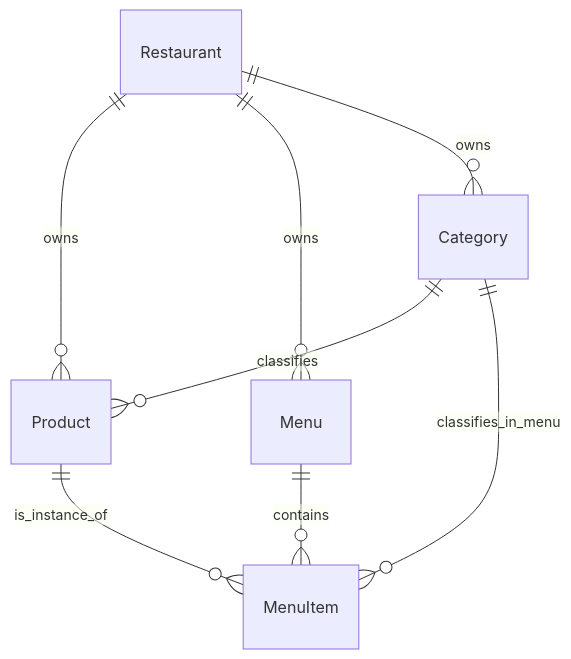
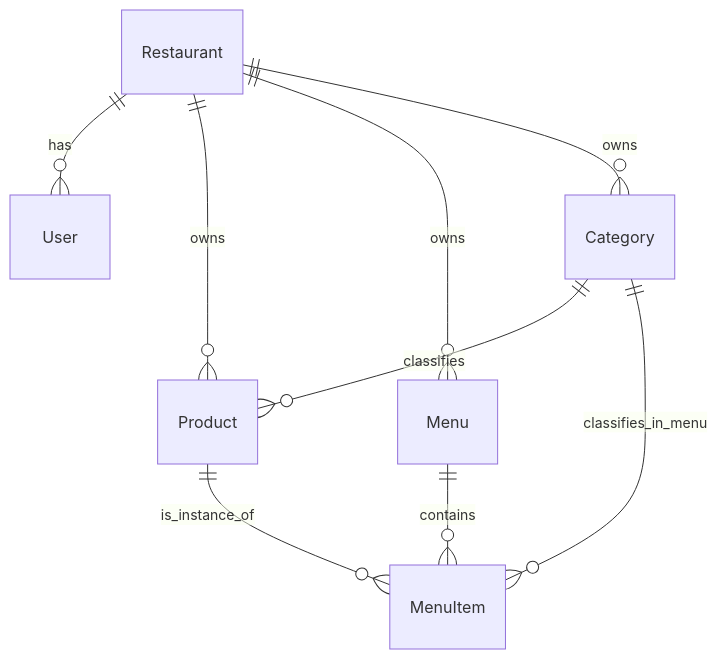
One commit to ronnymedina/restaurant-automation changed the diagram in apps/api-core/docs/database_schema.md. Above: the diagram before and after it, drawn with Mermaid. The commit also changed other lines of this file and 3 other files, not shown here.

Commit message:
docs: Document admin user creation, an updated onboarding flow, and new user-related environment variables and database schema.

````diff
--- a/apps/api-core/docs/database_schema.md
+++ b/apps/api-core/docs/database_schema.md
@@ -52,12 +63,13 @@
 ```mermaid
 erDiagram
+    Restaurant ||--o{ User : has
     Restaurant ||--o{ Product : owns
     Restaurant ||--o{ Menu : owns
     Restaurant ||--o{ Category : owns
     
     Category ||--o{ Product : classifies
     Category ||--o{ MenuItem : classifies_in_menu
     
     Menu ||--o{ MenuItem : contains
     Product ||--o{ MenuItem : is_instance_of
 ```
````
